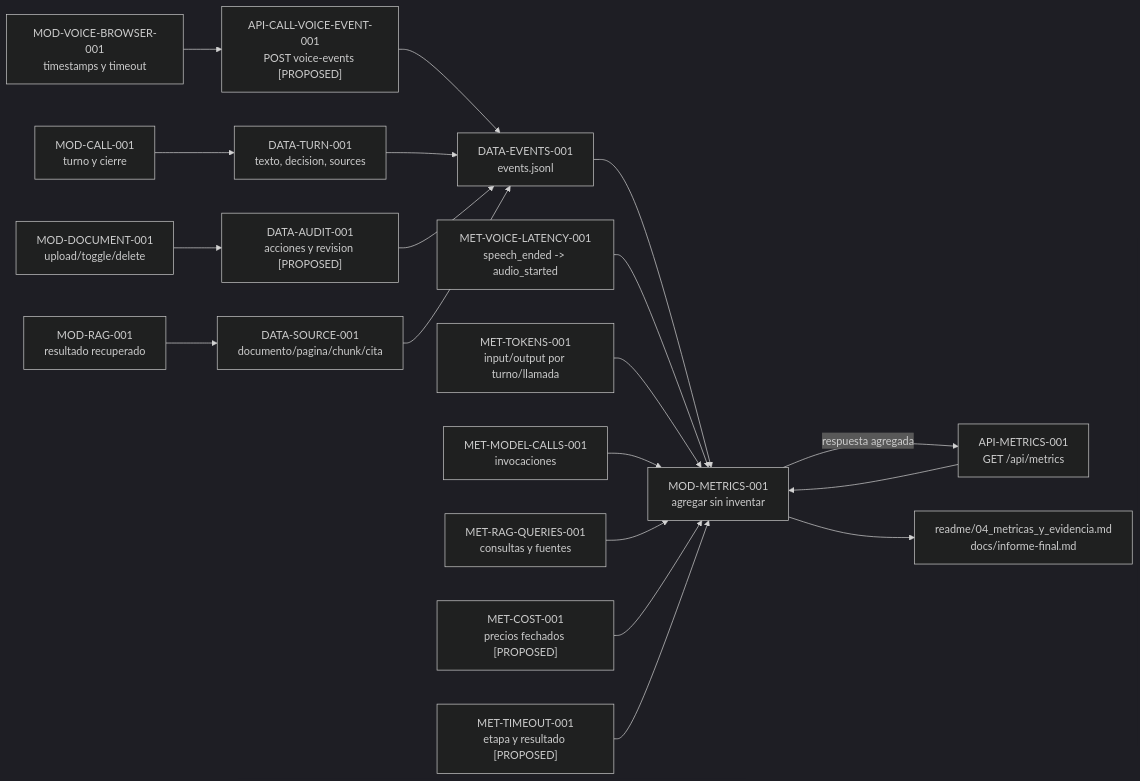
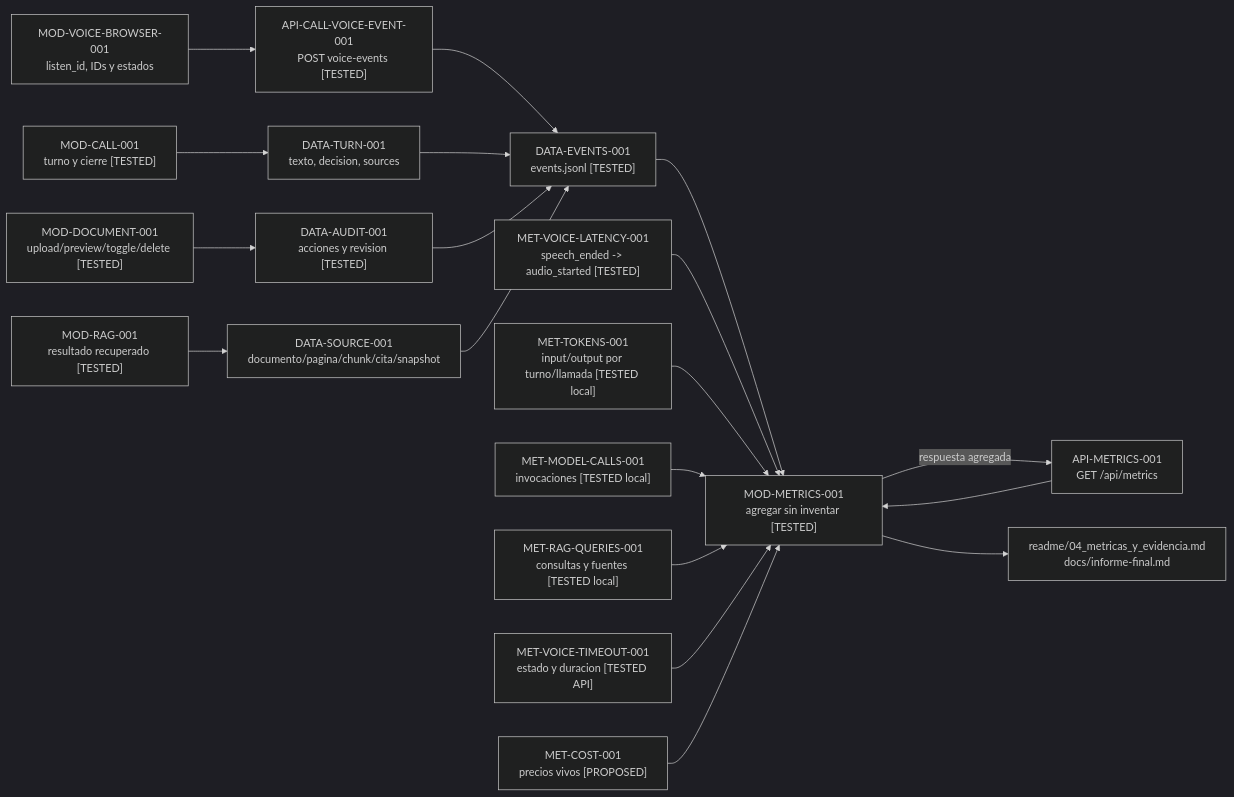
The eighth of 8 diagrams in specs/06_system_flow_diagram_specification.md (JhofredCam/TechSphereChallenge), drawn with Mermaid (dark theme) before and after one commit. The commit also changed other lines of this file and 56 other files, not shown here.

````diff
--- a/specs/06_system_flow_diagram_specification.md
+++ b/specs/06_system_flow_diagram_specification.md
@@ -665,22 +630,22 @@
 ```mermaid
 flowchart LR
-    DOC["MOD-DOCUMENT-001<br/>upload/toggle/delete"] --> AUDIT["DATA-AUDIT-001<br/>acciones y revision [PROPOSED]"]
-    CALL["MOD-CALL-001<br/>turno y cierre"] --> TURN["DATA-TURN-001<br/>texto, decision, sources"]
-    RAG["MOD-RAG-001<br/>resultado recuperado"] --> SOURCE["DATA-SOURCE-001<br/>documento/pagina/chunk/cita"]
-    VOICE["MOD-VOICE-BROWSER-001<br/>timestamps y timeout"] --> VOICE_API["API-CALL-VOICE-EVENT-001<br/>POST voice-events [PROPOSED]"]
-    VOICE_API --> EVENT["DATA-EVENTS-001<br/>events.jsonl"]
+    DOC["MOD-DOCUMENT-001<br/>upload/preview/toggle/delete [TESTED]"] --> AUDIT["DATA-AUDIT-001<br/>acciones y revision [TESTED]"]
+    CALL["MOD-CALL-001<br/>turno y cierre [TESTED]"] --> TURN["DATA-TURN-001<br/>texto, decision, sources"]
+    RAG["MOD-RAG-001<br/>resultado recuperado [TESTED]"] --> SOURCE["DATA-SOURCE-001<br/>documento/pagina/chunk/cita/snapshot"]
+    VOICE["MOD-VOICE-BROWSER-001<br/>listen_id, IDs y estados"] --> VOICE_API["API-CALL-VOICE-EVENT-001<br/>POST voice-events [TESTED]"]
+    VOICE_API --> EVENT["DATA-EVENTS-001<br/>events.jsonl [TESTED]"]
     TURN --> EVENT
     AUDIT --> EVENT
     SOURCE --> EVENT
-    EVENT --> AGG["MOD-METRICS-001<br/>agregar sin inventar"]
+    EVENT --> AGG["MOD-METRICS-001<br/>agregar sin inventar [TESTED]"]
     API["API-METRICS-001<br/>GET /api/metrics"] --> AGG
     AGG -->|"respuesta agregada"| API
     AGG --> REPORT["readme/04_metricas_y_evidencia.md<br/>docs/informe-final.md"]
 
-    LAT["MET-VOICE-LATENCY-001<br/>speech_ended -> audio_started"] --> AGG
-    TOK["MET-TOKENS-001<br/>input/output por turno/llamada"] --> AGG
-    MC["MET-MODEL-CALLS-001<br/>invocaciones"] --> AGG
-    RQ["MET-RAG-QUERIES-001<br/>consultas y fuentes"] --> AGG
-    COST["MET-COST-001<br/>precios fechados [PROPOSED]"] --> AGG
-    TO["MET-TIMEOUT-001<br/>etapa y resultado [PROPOSED]"] --> AGG
+    LAT["MET-VOICE-LATENCY-001<br/>speech_ended -> audio_started [TESTED]"] --> AGG
+    TOK["MET-TOKENS-001<br/>input/output por turno/llamada [TESTED local]"] --> AGG
+    MC["MET-MODEL-CALLS-001<br/>invocaciones [TESTED local]"] --> AGG
+    RQ["MET-RAG-QUERIES-001<br/>consultas y fuentes [TESTED local]"] --> AGG
+    TO["MET-VOICE-TIMEOUT-001<br/>estado y duracion [TESTED API]"] --> AGG
+    COST["MET-COST-001<br/>precios vivos [PROPOSED]"] --> AGG
 ```
````
